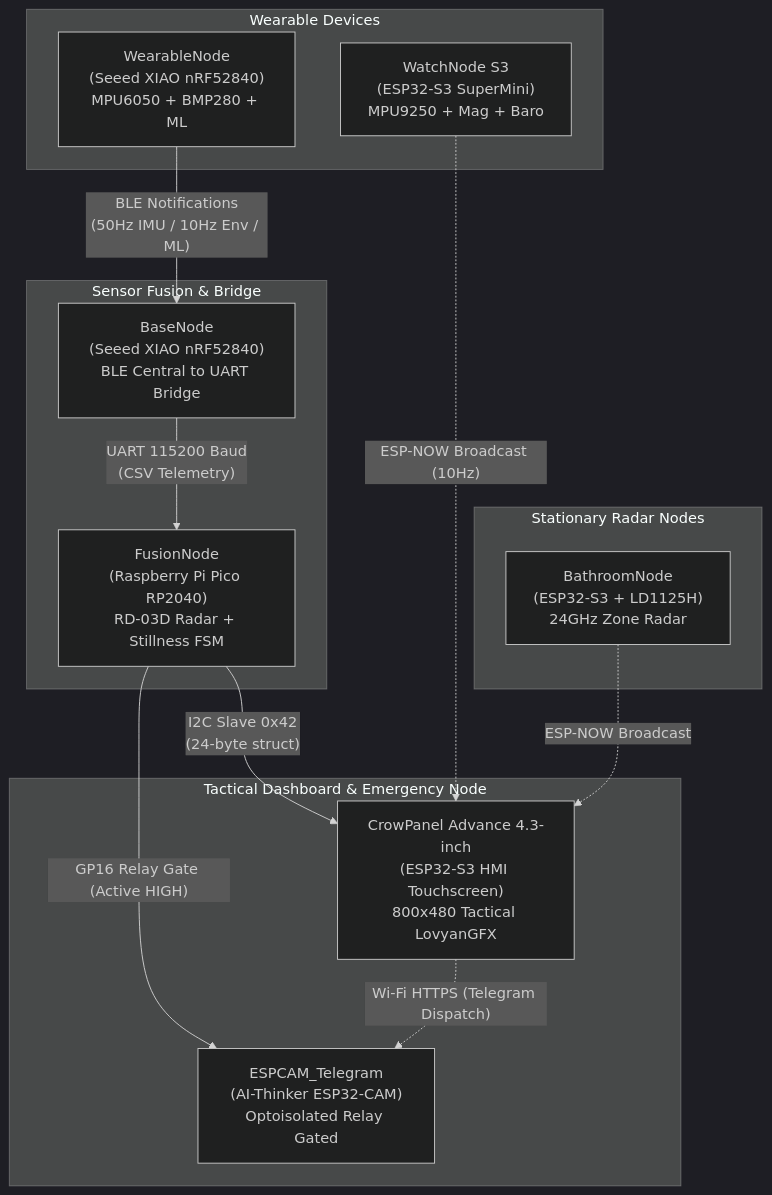
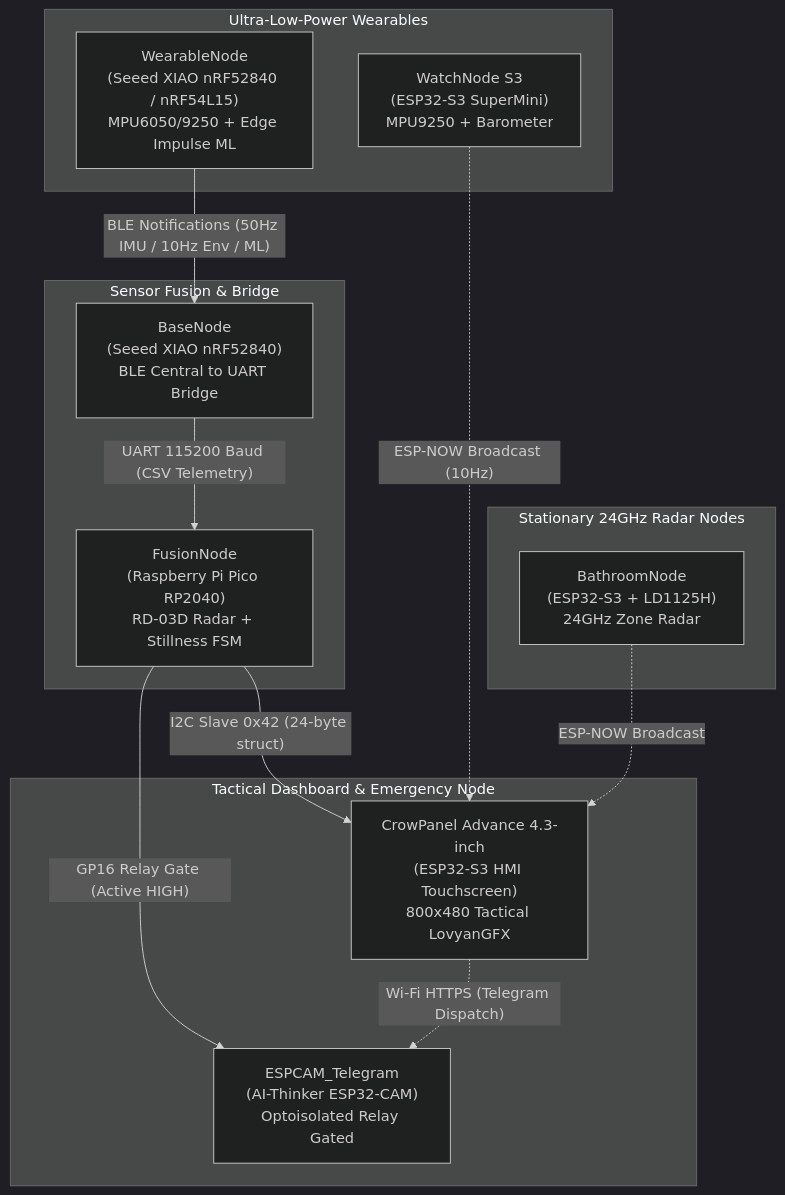
The second of 3 diagrams in README.md (Trip64/RadarBasedFallDetect-RANGER), drawn with Mermaid (dark theme) before and after one commit. The commit also changed other lines of this file and 3 other files, not shown here.

Commit message:
Enhance docs: add TLDR, roadmap, ML pipeline deep-dive, nRF54L15 architecture, and NRF54_Test

````diff
--- a/README.md
+++ b/README.md
@@ -14,29 +62,29 @@
 ```mermaid
 flowchart TD
-    subgraph Wearables ["Wearable Devices"]
-        WN["WearableNode<br/>(Seeed XIAO nRF52840)<br/>MPU6050 + BMP280 + ML"]
-        WNS3["WatchNode S3<br/>(ESP32-S3 SuperMini)<br/>MPU9250 + Mag + Baro"]
+    subgraph Wearables ["Ultra-Low-Power Wearables"]
+        WN["WearableNode<br/>(Seeed XIAO nRF52840 / nRF54L15)<br/>MPU6050/9250 + Edge Impulse ML"]
+        WNS3["WatchNode S3<br/>(ESP32-S3 SuperMini)<br/>MPU9250 + Barometer"]
     end
 
-    subgraph Stationary ["Stationary Radar Nodes"]
+    subgraph Stationary ["Stationary 24GHz Radar Nodes"]
         BN_RADAR["BathroomNode<br/>(ESP32-S3 + LD1125H)<br/>24GHz Zone Radar"]
     end
 
     subgraph Base_Processing ["Sensor Fusion & Bridge"]
         BASE["BaseNode<br/>(Seeed XIAO nRF52840)<br/>BLE Central to UART Bridge"]
         FUSION["FusionNode<br/>(Raspberry Pi Pico RP2040)<br/>RD-03D Radar + Stillness FSM"]
     end
 
     subgraph Display_Emergency ["Tactical Dashboard & Emergency Node"]
         CROW["CrowPanel Advance 4.3-inch<br/>(ESP32-S3 HMI Touchscreen)<br/>800x480 Tactical LovyanGFX"]
         CAM["ESPCAM_Telegram<br/>(AI-Thinker ESP32-CAM)<br/>Optoisolated Relay Gated"]
     end
 
-    WN -- "BLE Notifications<br/>(50Hz IMU / 10Hz Env / ML)" --> BASE
-    BASE -- "UART 115200 Baud<br/>(CSV Telemetry)" --> FUSION
-    FUSION -- "I2C Slave 0x42<br/>(24-byte struct)" --> CROW
+    WN -- "BLE Notifications (50Hz IMU / 10Hz Env / ML)" --> BASE
+    BASE -- "UART 115200 Baud (CSV Telemetry)" --> FUSION
+    FUSION -- "I2C Slave 0x42 (24-byte struct)" --> CROW
     WNS3 -. "ESP-NOW Broadcast (10Hz)" .-> CROW
     BN_RADAR -. "ESP-NOW Broadcast" .-> CROW
     FUSION -- "GP16 Relay Gate (Active HIGH)" --> CAM
     CROW -. "Wi-Fi HTTPS (Telegram Dispatch)" .-> CAM
 ```
````
